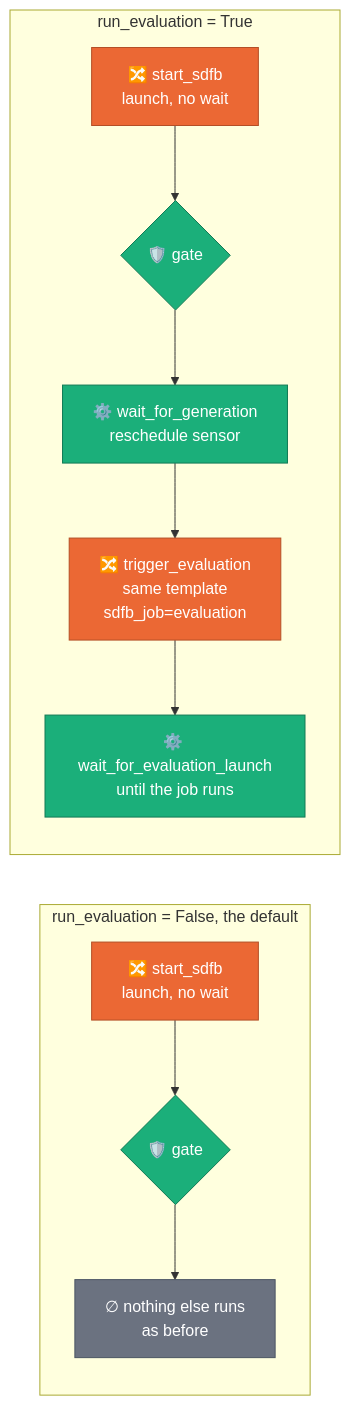
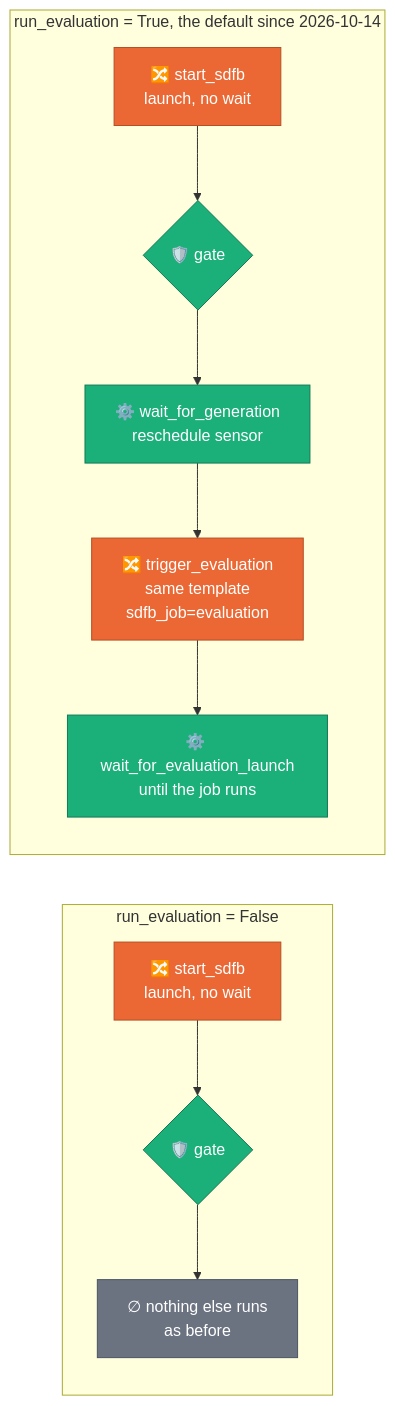
The third of 4 diagrams in docs/adr/0041-evaluation-standalone-package.md (albertols/synthetic-llm-dataflow-bigquery), drawn with Mermaid before and after one commit. The commit also changed other lines of this file and 10 other files, not shown here.

First line of the commit message:
feat(composer): a run of the generation DAG evaluates itself by default

````diff
--- a/docs/adr/0041-evaluation-standalone-package.md
+++ b/docs/adr/0041-evaluation-standalone-package.md
@@ -309,16 +309,16 @@
 ```mermaid
 flowchart LR
   classDef beam  fill:#eb6834,color:#fff,stroke:#b44f26
   classDef cpu   fill:#1baf7a,color:#fff,stroke:#127a55
   classDef data  fill:#6b7280,color:#fff,stroke:#4b5563
 
-  subgraph OFF["run_evaluation = False, the default"]
+  subgraph OFF["run_evaluation = False"]
     S1["🔀 start_sdfb<br/>launch, no wait"]:::beam --> G1{"🛡️ gate"}:::cpu --> X1["∅ nothing else runs<br/>as before"]:::data
   end
-  subgraph ON["run_evaluation = True"]
+  subgraph ON["run_evaluation = True, the default since 2026-10-14"]
     S2["🔀 start_sdfb<br/>launch, no wait"]:::beam --> G2{"🛡️ gate"}:::cpu
     G2 --> W["⚙️ wait_for_generation<br/>reschedule sensor"]:::cpu
     W --> T["🔀 trigger_evaluation<br/>same template<br/>sdfb_job=evaluation"]:::beam
     T --> L["⚙️ wait_for_evaluation_launch<br/>until the job runs"]:::cpu
   end
 ```
````
